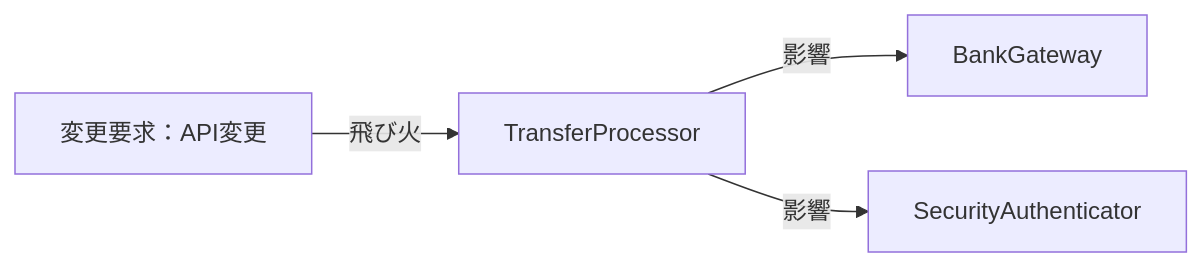
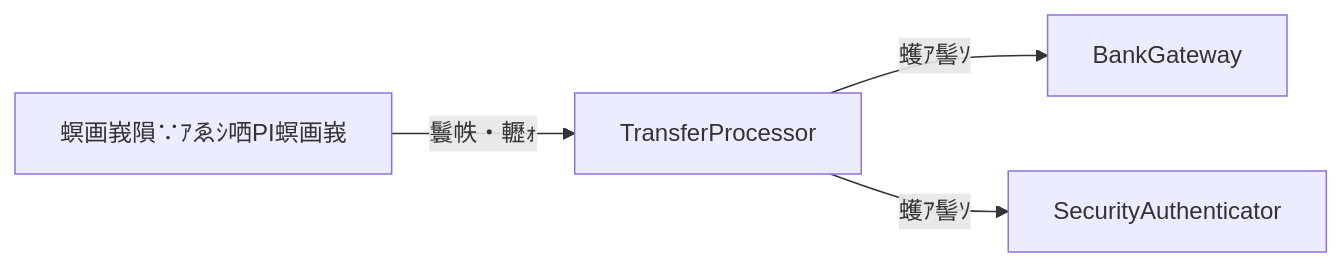
Before and after one commit to kumachan1101-pixel/DesignPattern: the second of 5 diagrams in kindle/design-patterns/output/chapter02.md, drawn with Mermaid. The commit also changed other lines of this file and 4 other files, not shown here.

````diff
--- a/kindle/design-patterns/output/chapter02.md
+++ b/kindle/design-patterns/output/chapter02.md
@@ -491,6 +491,6 @@
 ```mermaid
 graph LR
-    T1["変更要求：API変更"] -->|"飛び火"| A["TransferProcessor"]
-    A -->|"影響"| B["BankGateway"]
-    A -->|"影響"| C["SecurityAuthenticator"]
+    T1["螟画峩隕∵ｱゑｼ哂PI螟画峩"] -->|"鬟帙・轣ｫ"| A["TransferProcessor"]
+    A -->|"蠖ｱ髻ｿ"| B["BankGateway"]
+    A -->|"蠖ｱ髻ｿ"| C["SecurityAuthenticator"]
 ```
````
